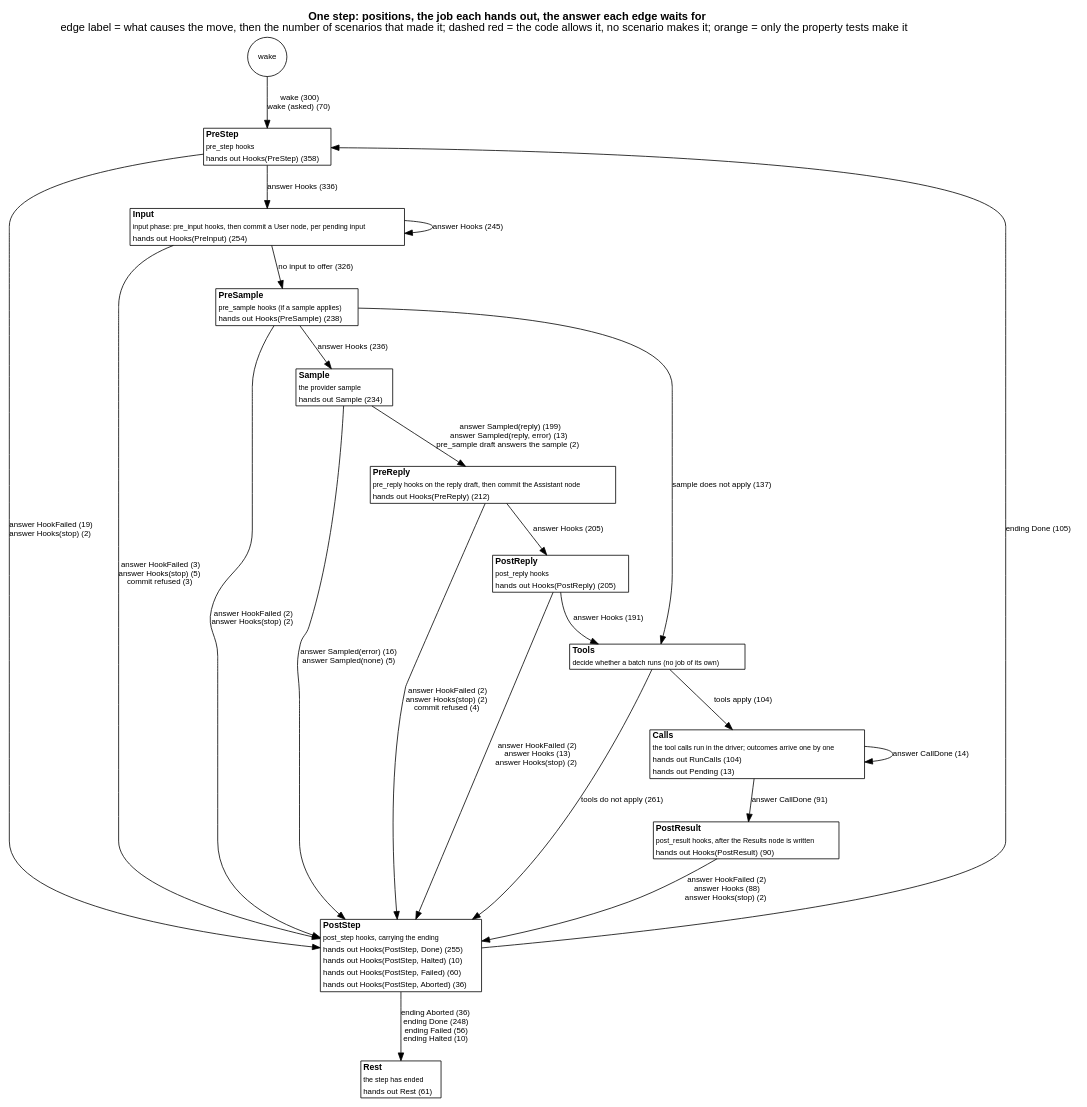
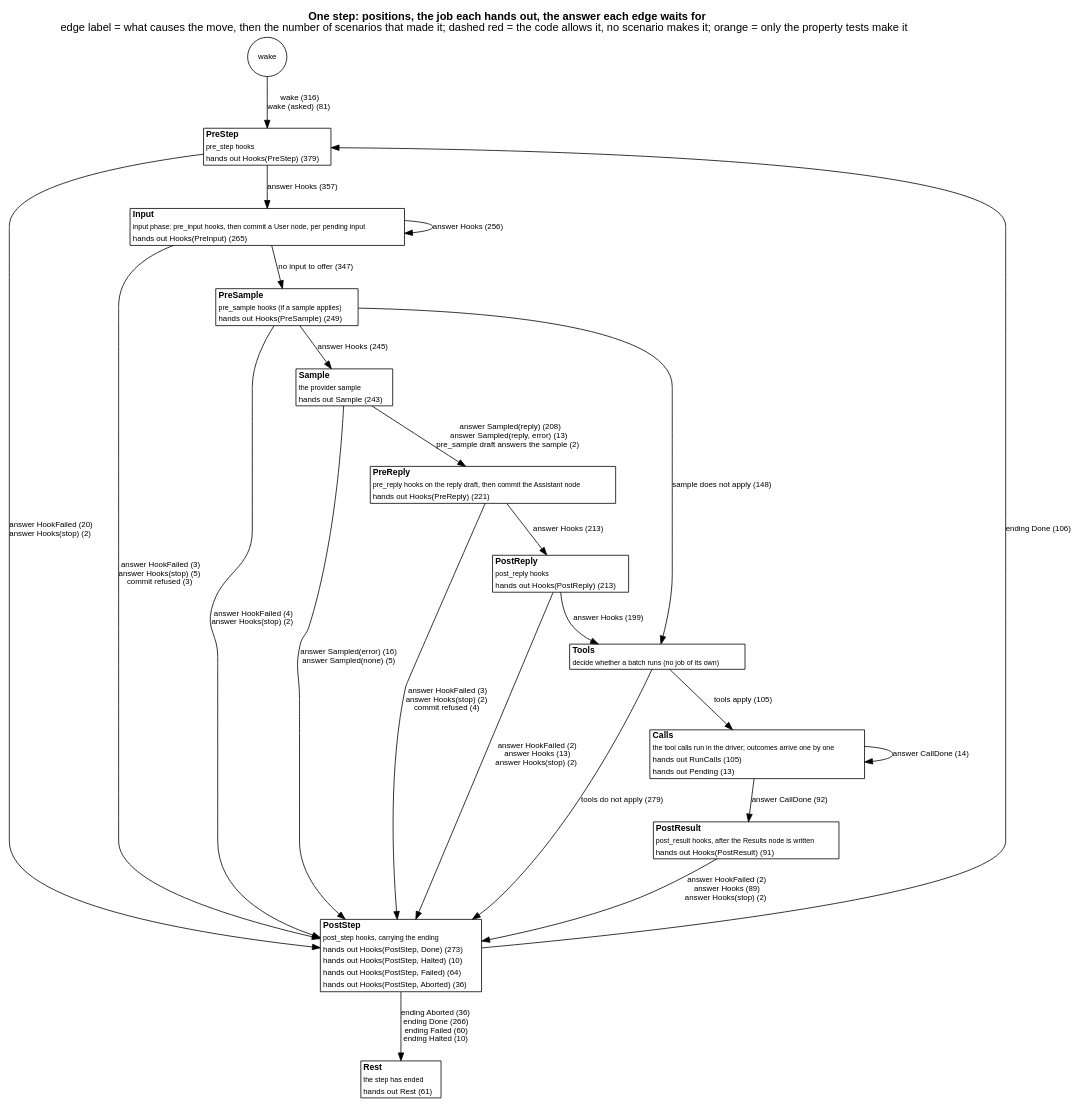
Before and after one commit to jmccardle/tau: the diagram in docs/as-built/diagrams/step-positions.dot, drawn with Graphviz. The commit also changed 35 other files, not shown here.

First line of the commit message:
Phase 5 fix plan, stage C and D: reload, chat --extension, tool offer, model, show

```diff
--- a/docs/as-built/diagrams/step-positions.dot
+++ b/docs/as-built/diagrams/step-positions.dot
@@ -1,40 +1,40 @@
 // Generated by scripts/diagrams.sh from the test suites' transitions. Do not edit.
 digraph step_positions {
   graph [rankdir=TB, fontname="Helvetica", nodesep=0.5, ranksep=0.6, labelloc=t, label=<<b>One step: positions, the job each hands out, the answer each edge waits for</b><br/>edge label = what causes the move, then the number of scenarios that made it; dashed red = the code allows it, no scenario makes it; orange = only the property tests make it>];
   node [shape=plain, fontname="Helvetica", fontsize=11];
   edge [fontname="Helvetica", fontsize=10];
   "(wake)" [shape=circle, label="wake", fontsize=10];
-  "PreStep" [label=<<table border="1" cellborder="0" cellspacing="0" bgcolor="white"><tr><td align="left"><b>PreStep</b></td></tr><tr><td align="left"><font point-size="9">pre_step hooks</font></td></tr><tr><td align="left"><font color="black" point-size="10">hands out Hooks(PreStep) (358)</font></td></tr></table>>];
-  "Input" [label=<<table border="1" cellborder="0" cellspacing="0" bgcolor="white"><tr><td align="left"><b>Input</b></td></tr><tr><td align="left"><font point-size="9">input phase: pre_input hooks, then commit a User node, per pending input</font></td></tr><tr><td align="left"><font color="black" point-size="10">hands out Hooks(PreInput) (254)</font></td></tr></table>>];
-  "PreSample" [label=<<table border="1" cellborder="0" cellspacing="0" bgcolor="white"><tr><td align="left"><b>PreSample</b></td></tr><tr><td align="left"><font point-size="9">pre_sample hooks (if a sample applies)</font></td></tr><tr><td align="left"><font color="black" point-size="10">hands out Hooks(PreSample) (238)</font></td></tr></table>>];
-  "Sample" [label=<<table border="1" cellborder="0" cellspacing="0" bgcolor="white"><tr><td align="left"><b>Sample</b></td></tr><tr><td align="left"><font point-size="9">the provider sample</font></td></tr><tr><td align="left"><font color="black" point-size="10">hands out Sample (234)</font></td></tr></table>>];
-  "PreReply" [label=<<table border="1" cellborder="0" cellspacing="0" bgcolor="white"><tr><td align="left"><b>PreReply</b></td></tr><tr><td align="left"><font point-size="9">pre_reply hooks on the reply draft, then commit the Assistant node</font></td></tr><tr><td align="left"><font color="black" point-size="10">hands out Hooks(PreReply) (212)</font></td></tr></table>>];
-  "PostReply" [label=<<table border="1" cellborder="0" cellspacing="0" bgcolor="white"><tr><td align="left"><b>PostReply</b></td></tr><tr><td align="left"><font point-size="9">post_reply hooks</font></td></tr><tr><td align="left"><font color="black" point-size="10">hands out Hooks(PostReply) (205)</font></td></tr></table>>];
+  "PreStep" [label=<<table border="1" cellborder="0" cellspacing="0" bgcolor="white"><tr><td align="left"><b>PreStep</b></td></tr><tr><td align="left"><font point-size="9">pre_step hooks</font></td></tr><tr><td align="left"><font color="black" point-size="10">hands out Hooks(PreStep) (379)</font></td></tr></table>>];
+  "Input" [label=<<table border="1" cellborder="0" cellspacing="0" bgcolor="white"><tr><td align="left"><b>Input</b></td></tr><tr><td align="left"><font point-size="9">input phase: pre_input hooks, then commit a User node, per pending input</font></td></tr><tr><td align="left"><font color="black" point-size="10">hands out Hooks(PreInput) (265)</font></td></tr></table>>];
+  "PreSample" [label=<<table border="1" cellborder="0" cellspacing="0" bgcolor="white"><tr><td align="left"><b>PreSample</b></td></tr><tr><td align="left"><font point-size="9">pre_sample hooks (if a sample applies)</font></td></tr><tr><td align="left"><font color="black" point-size="10">hands out Hooks(PreSample) (249)</font></td></tr></table>>];
+  "Sample" [label=<<table border="1" cellborder="0" cellspacing="0" bgcolor="white"><tr><td align="left"><b>Sample</b></td></tr><tr><td align="left"><font point-size="9">the provider sample</font></td></tr><tr><td align="left"><font color="black" point-size="10">hands out Sample (243)</font></td></tr></table>>];
+  "PreReply" [label=<<table border="1" cellborder="0" cellspacing="0" bgcolor="white"><tr><td align="left"><b>PreReply</b></td></tr><tr><td align="left"><font point-size="9">pre_reply hooks on the reply draft, then commit the Assistant node</font></td></tr><tr><td align="left"><font color="black" point-size="10">hands out Hooks(PreReply) (221)</font></td></tr></table>>];
+  "PostReply" [label=<<table border="1" cellborder="0" cellspacing="0" bgcolor="white"><tr><td align="left"><b>PostReply</b></td></tr><tr><td align="left"><font point-size="9">post_reply hooks</font></td></tr><tr><td align="left"><font color="black" point-size="10">hands out Hooks(PostReply) (213)</font></td></tr></table>>];
   "Tools" [label=<<table border="1" cellborder="0" cellspacing="0" bgcolor="white"><tr><td align="left"><b>Tools</b></td></tr><tr><td align="left"><font point-size="9">decide whether a batch runs (no job of its own)</font></td></tr></table>>];
-  "Calls" [label=<<table border="1" cellborder="0" cellspacing="0" bgcolor="white"><tr><td align="left"><b>Calls</b></td></tr><tr><td align="left"><font point-size="9">the tool calls run in the driver; outcomes arrive one by one</font></td></tr><tr><td align="left"><font color="black" point-size="10">hands out RunCalls (104)</font></td></tr><tr><td align="left"><font color="black" point-size="10">hands out Pending (13)</font></td></tr></table>>];
-  "PostResult" [label=<<table border="1" cellborder="0" cellspacing="0" bgcolor="white"><tr><td align="left"><b>PostResult</b></td></tr><tr><td align="left"><font point-size="9">post_result hooks, after the Results node is written</font></td></tr><tr><td align="left"><font color="black" point-size="10">hands out Hooks(PostResult) (90)</font></td></tr></table>>];
-  "PostStep" [label=<<table border="1" cellborder="0" cellspacing="0" bgcolor="white"><tr><td align="left"><b>PostStep</b></td></tr><tr><td align="left"><font point-size="9">post_step hooks, carrying the ending</font></td></tr><tr><td align="left"><font color="black" point-size="10">hands out Hooks(PostStep, Done) (255)</font></td></tr><tr><td align="left"><font color="black" point-size="10">hands out Hooks(PostStep, Halted) (10)</font></td></tr><tr><td align="left"><font color="black" point-size="10">hands out Hooks(PostStep, Failed) (60)</font></td></tr><tr><td align="left"><font color="black" point-size="10">hands out Hooks(PostStep, Aborted) (36)</font></td></tr></table>>];
+  "Calls" [label=<<table border="1" cellborder="0" cellspacing="0" bgcolor="white"><tr><td align="left"><b>Calls</b></td></tr><tr><td align="left"><font point-size="9">the tool calls run in the driver; outcomes arrive one by one</font></td></tr><tr><td align="left"><font color="black" point-size="10">hands out RunCalls (105)</font></td></tr><tr><td align="left"><font color="black" point-size="10">hands out Pending (13)</font></td></tr></table>>];
+  "PostResult" [label=<<table border="1" cellborder="0" cellspacing="0" bgcolor="white"><tr><td align="left"><b>PostResult</b></td></tr><tr><td align="left"><font point-size="9">post_result hooks, after the Results node is written</font></td></tr><tr><td align="left"><font color="black" point-size="10">hands out Hooks(PostResult) (91)</font></td></tr></table>>];
+  "PostStep" [label=<<table border="1" cellborder="0" cellspacing="0" bgcolor="white"><tr><td align="left"><b>PostStep</b></td></tr><tr><td align="left"><font point-size="9">post_step hooks, carrying the ending</font></td></tr><tr><td align="left"><font color="black" point-size="10">hands out Hooks(PostStep, Done) (273)</font></td></tr><tr><td align="left"><font color="black" point-size="10">hands out Hooks(PostStep, Halted) (10)</font></td></tr><tr><td align="left"><font color="black" point-size="10">hands out Hooks(PostStep, Failed) (64)</font></td></tr><tr><td align="left"><font color="black" point-size="10">hands out Hooks(PostStep, Aborted) (36)</font></td></tr></table>>];
   "Rest" [label=<<table border="1" cellborder="0" cellspacing="0" bgcolor="white"><tr><td align="left"><b>Rest</b></td></tr><tr><td align="left"><font point-size="9">the step has ended</font></td></tr><tr><td align="left"><font color="black" point-size="10">hands out Rest (61)</font></td></tr></table>>];
-  "(wake)" -> "PreStep" [label=<wake (300)<br/>wake (asked) (70)>, color="black", style=solid];
+  "(wake)" -> "PreStep" [label=<wake (316)<br/>wake (asked) (81)>, color="black", style=solid];
   "Calls" -> "Calls" [label=<answer CallDone (14)>, color="black", style=solid];
-  "Calls" -> "PostResult" [label=<answer CallDone (91)>, color="black", style=solid];
-  "Input" -> "Input" [label=<answer Hooks (245)>, color="black", style=solid];
+  "Calls" -> "PostResult" [label=<answer CallDone (92)>, color="black", style=solid];
+  "Input" -> "Input" [label=<answer Hooks (256)>, color="black", style=solid];
   "Input" -> "PostStep" [label=<answer HookFailed (3)<br/>answer Hooks(stop) (5)<br/>commit refused (3)>, color="black", style=solid];
-  "Input" -> "PreSample" [label=<no input to offer (326)>, color="black", style=solid];
+  "Input" -> "PreSample" [label=<no input to offer (347)>, color="black", style=solid];
   "PostReply" -> "PostStep" [label=<answer HookFailed (2)<br/>answer Hooks (13)<br/>answer Hooks(stop) (2)>, color="black", style=solid];
-  "PostReply" -> "Tools" [label=<answer Hooks (191)>, color="black", style=solid];
-  "PostResult" -> "PostStep" [label=<answer HookFailed (2)<br/>answer Hooks (88)<br/>answer Hooks(stop) (2)>, color="black", style=solid];
-  "PostStep" -> "PreStep" [label=<ending Done (105)>, color="black", style=solid];
-  "PostStep" -> "Rest" [label=<ending Aborted (36)<br/>ending Done (248)<br/>ending Failed (56)<br/>ending Halted (10)>, color="black", style=solid];
-  "PreReply" -> "PostReply" [label=<answer Hooks (205)>, color="black", style=solid];
-  "PreReply" -> "PostStep" [label=<answer HookFailed (2)<br/>answer Hooks(stop) (2)<br/>commit refused (4)>, color="black", style=solid];
-  "PreSample" -> "PostStep" [label=<answer HookFailed (2)<br/>answer Hooks(stop) (2)>, color="black", style=solid];
-  "PreSample" -> "Sample" [label=<answer Hooks (236)>, color="black", style=solid];
-  "PreSample" -> "Tools" [label=<sample does not apply (137)>, color="black", style=solid];
-  "PreStep" -> "Input" [label=<answer Hooks (336)>, color="black", style=solid];
-  "PreStep" -> "PostStep" [label=<answer HookFailed (19)<br/>answer Hooks(stop) (2)>, color="black", style=solid];
+  "PostReply" -> "Tools" [label=<answer Hooks (199)>, color="black", style=solid];
+  "PostResult" -> "PostStep" [label=<answer HookFailed (2)<br/>answer Hooks (89)<br/>answer Hooks(stop) (2)>, color="black", style=solid];
+  "PostStep" -> "PreStep" [label=<ending Done (106)>, color="black", style=solid];
+  "PostStep" -> "Rest" [label=<ending Aborted (36)<br/>ending Done (266)<br/>ending Failed (60)<br/>ending Halted (10)>, color="black", style=solid];
+  "PreReply" -> "PostReply" [label=<answer Hooks (213)>, color="black", style=solid];
+  "PreReply" -> "PostStep" [label=<answer HookFailed (3)<br/>answer Hooks(stop) (2)<br/>commit refused (4)>, color="black", style=solid];
+  "PreSample" -> "PostStep" [label=<answer HookFailed (4)<br/>answer Hooks(stop) (2)>, color="black", style=solid];
+  "PreSample" -> "Sample" [label=<answer Hooks (245)>, color="black", style=solid];
+  "PreSample" -> "Tools" [label=<sample does not apply (148)>, color="black", style=solid];
+  "PreStep" -> "Input" [label=<answer Hooks (357)>, color="black", style=solid];
+  "PreStep" -> "PostStep" [label=<answer HookFailed (20)<br/>answer Hooks(stop) (2)>, color="black", style=solid];
   "Sample" -> "PostStep" [label=<answer Sampled(error) (16)<br/>answer Sampled(none) (5)>, color="black", style=solid];
-  "Sample" -> "PreReply" [label=<answer Sampled(reply) (199)<br/>answer Sampled(reply, error) (13)<br/>pre_sample draft answers the sample (2)>, color="black", style=solid];
-  "Tools" -> "Calls" [label=<tools apply (104)>, color="black", style=solid];
-  "Tools" -> "PostStep" [label=<tools do not apply (261)>, color="black", style=solid];
+  "Sample" -> "PreReply" [label=<answer Sampled(reply) (208)<br/>answer Sampled(reply, error) (13)<br/>pre_sample draft answers the sample (2)>, color="black", style=solid];
+  "Tools" -> "Calls" [label=<tools apply (105)>, color="black", style=solid];
+  "Tools" -> "PostStep" [label=<tools do not apply (279)>, color="black", style=solid];
 }
```
